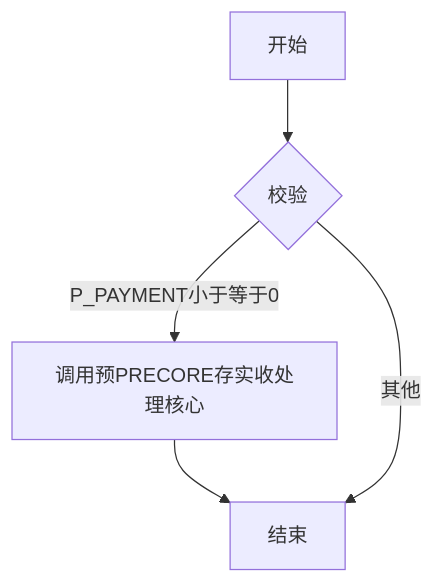
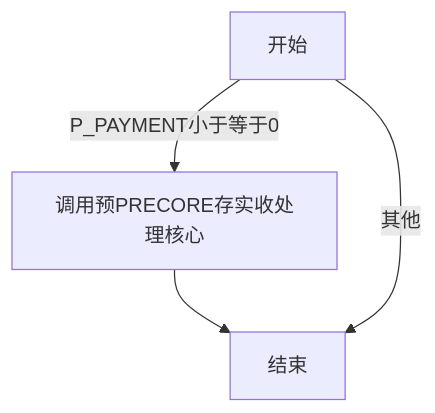
Before and after one commit to liuwentao001/20201001HRBZLS: diagram 38 of 51 in 02.业务梳理流程图简化版_v2020.11.md, drawn with Mermaid. The commit also changed other lines of this file and 8 other files, not shown here.

````diff
--- a/02.业务梳理流程图简化版_v2020.11.md
+++ b/02.业务梳理流程图简化版_v2020.11.md
@@ -675,5 +1234,5 @@
 ```mermaid
 graph TD
-开始-->A1{校验}--P_PAYMENT小于等于0-->调用预PRECORE存实收处理核心-->结束
-A1--其他-->结束
+开始--P_PAYMENT小于等于0-->调用预PRECORE存实收处理核心-->结束
+开始--其他-->结束
 ```
````
